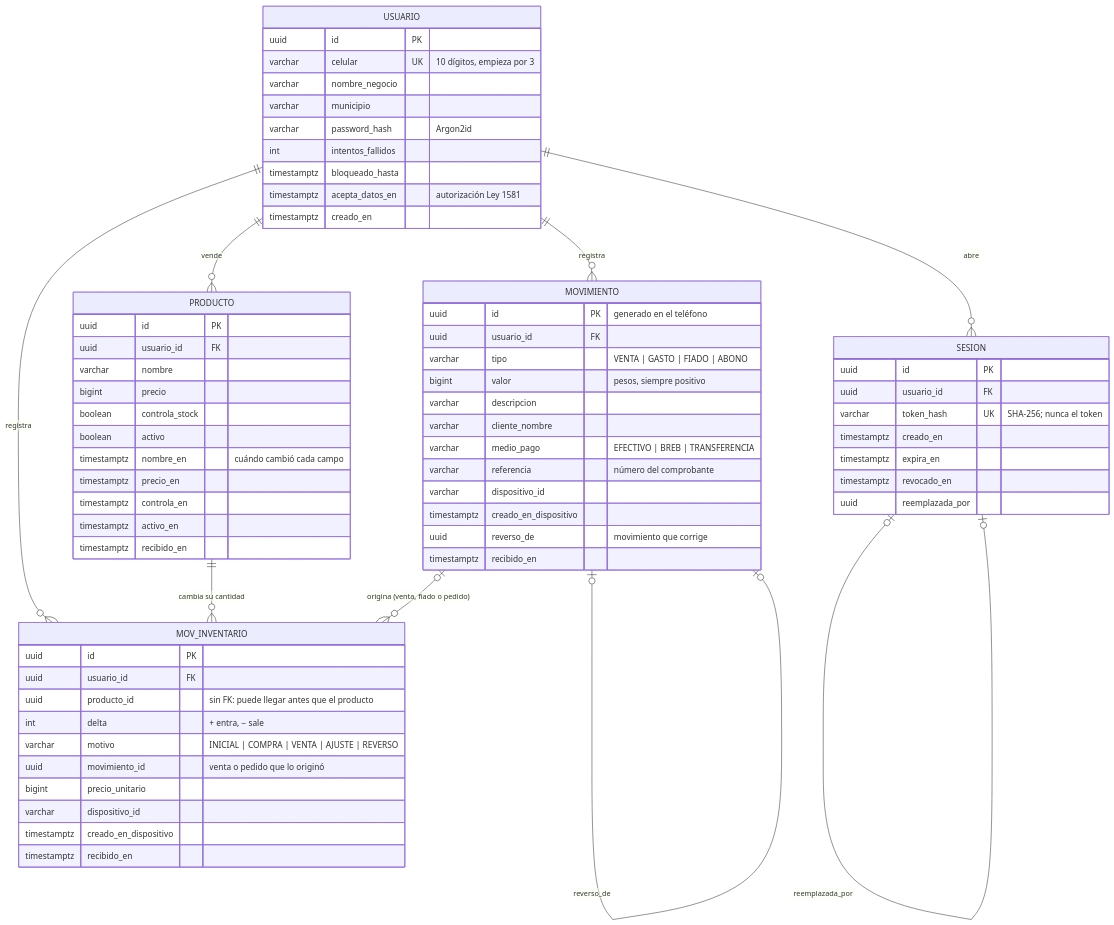
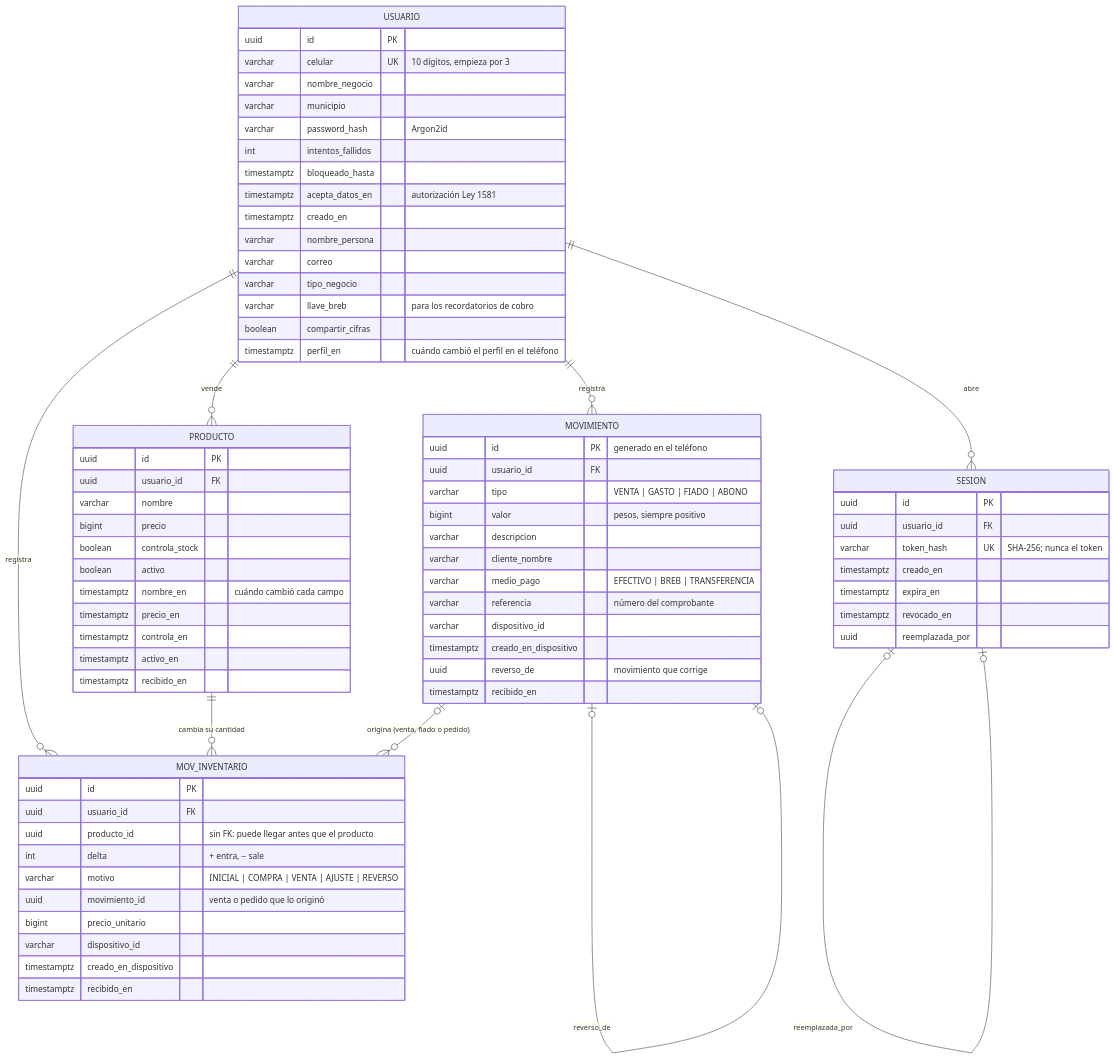
Before and after one commit to ricardomb-tech/caporal: the first of 2 diagrams in documentacion/04-modelo-entidad-relacion.md, drawn with Mermaid. The commit also changed other lines of this file and 19 other files, not shown here.

First line of the commit message:
Respaldar el perfil y la llave Bre-B del negocio en el servidor

````diff
--- a/documentacion/04-modelo-entidad-relacion.md
+++ b/documentacion/04-modelo-entidad-relacion.md
@@ -14,71 +14,77 @@
 ```mermaid
 erDiagram
     USUARIO ||--o{ MOVIMIENTO : "registra"
     USUARIO ||--o{ PRODUCTO : "vende"
     USUARIO ||--o{ MOV_INVENTARIO : "registra"
     USUARIO ||--o{ SESION : "abre"
     PRODUCTO ||--o{ MOV_INVENTARIO : "cambia su cantidad"
     MOVIMIENTO |o--o{ MOV_INVENTARIO : "origina (venta, fiado o pedido)"
     MOVIMIENTO |o--o| MOVIMIENTO : "reverso_de"
     SESION |o--o| SESION : "reemplazada_por"
 
     USUARIO {
         uuid id PK
         varchar celular UK "10 dígitos, empieza por 3"
         varchar nombre_negocio
         varchar municipio
         varchar password_hash "Argon2id"
         int intentos_fallidos
         timestamptz bloqueado_hasta
         timestamptz acepta_datos_en "autorización Ley 1581"
         timestamptz creado_en
+        varchar nombre_persona
+        varchar correo
+        varchar tipo_negocio
+        varchar llave_breb "para los recordatorios de cobro"
+        boolean compartir_cifras
+        timestamptz perfil_en "cuándo cambió el perfil en el teléfono"
     }
     MOVIMIENTO {
         uuid id PK "generado en el teléfono"
         uuid usuario_id FK
         varchar tipo "VENTA | GASTO | FIADO | ABONO"
         bigint valor "pesos, siempre positivo"
         varchar descripcion
         varchar cliente_nombre
         varchar medio_pago "EFECTIVO | BREB | TRANSFERENCIA"
         varchar referencia "número del comprobante"
         varchar dispositivo_id
         timestamptz creado_en_dispositivo
         uuid reverso_de "movimiento que corrige"
         timestamptz recibido_en
     }
     PRODUCTO {
         uuid id PK
         uuid usuario_id FK
         varchar nombre
         bigint precio
         boolean controla_stock
         boolean activo
         timestamptz nombre_en "cuándo cambió cada campo"
         timestamptz precio_en
         timestamptz controla_en
         timestamptz activo_en
         timestamptz recibido_en
     }
     MOV_INVENTARIO {
         uuid id PK
         uuid usuario_id FK
         uuid producto_id "sin FK: puede llegar antes que el producto"
         int delta "+ entra, − sale"
         varchar motivo "INICIAL | COMPRA | VENTA | AJUSTE | REVERSO"
         uuid movimiento_id "venta o pedido que lo originó"
         bigint precio_unitario
         varchar dispositivo_id
         timestamptz creado_en_dispositivo
         timestamptz recibido_en
     }
     SESION {
         uuid id PK
         uuid usuario_id FK
         varchar token_hash UK "SHA-256; nunca el token"
         timestamptz creado_en
         timestamptz expira_en
         timestamptz revocado_en
         uuid reemplazada_por
     }
 ```
````
